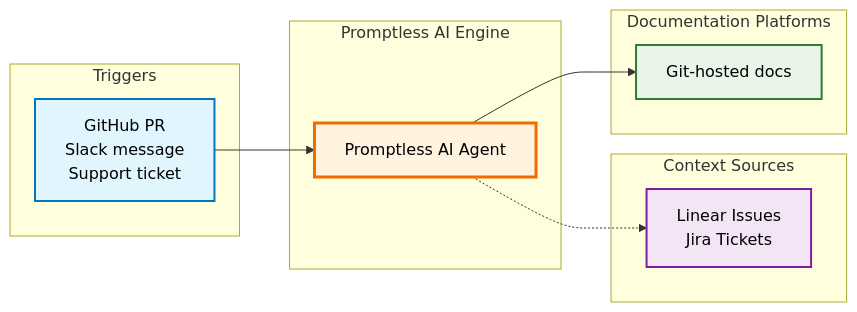
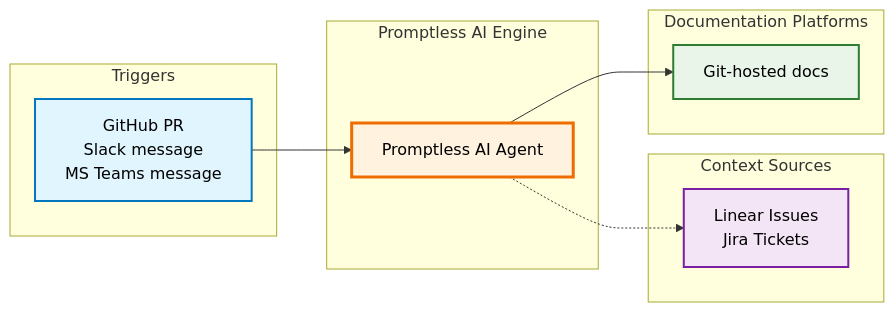
Before and after one commit to Promptless/docs: the diagram in fern/docs/core-concepts.mdx, drawn with Mermaid. The commit also changed other lines of this file and 8 other files, not shown here.

````diff
--- a/fern/docs/core-concepts.mdx
+++ b/fern/docs/core-concepts.mdx
@@ -9,40 +9,40 @@
 ```mermaid
 graph LR
     %% Triggers Section
     subgraph "Triggers"
-        T1[GitHub PR<br/>Slack message<br/>Support ticket]
+        T1[GitHub PR<br/>Slack message<br/>MS Teams message]
     end
 
     %% Promptless Core
     subgraph "Promptless AI Engine"
         AI[Promptless AI Agent]
     end
 
     %% Context Sources Section
     subgraph "Context Sources"
         C1[Linear Issues<br/>Jira Tickets]
     end
 
     %% Documentation Platforms
     subgraph "Documentation Platforms"
         D1[Git-hosted docs]
     end
 
     %% Connections
     T1 --> AI
     
     AI -.-> C1
 
     AI --> D1
 
     %% Styling
     classDef triggerStyle fill:#e1f5fe,stroke:#0277bd,stroke-width:2px,color:#000000
     classDef contextStyle fill:#f3e5f5,stroke:#7b1fa2,stroke-width:2px,color:#000000
     classDef coreStyle fill:#fff3e0,stroke:#ef6c00,stroke-width:3px,color:#000000
     classDef cmsStyle fill:#e8f5e8,stroke:#2e7d32,stroke-width:2px,color:#000000
 
     class T1 triggerStyle
     class C1 contextStyle
     class AI coreStyle
     class D1 cmsStyle
 ```
````
